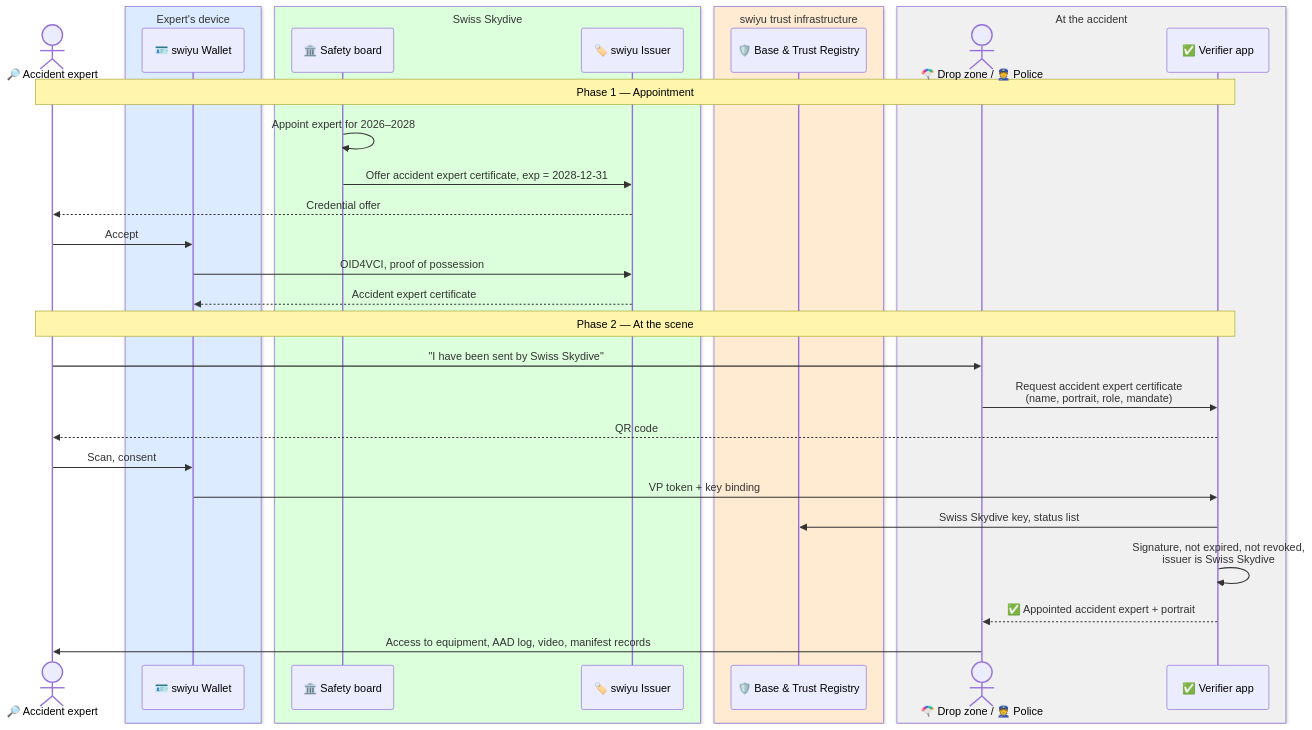
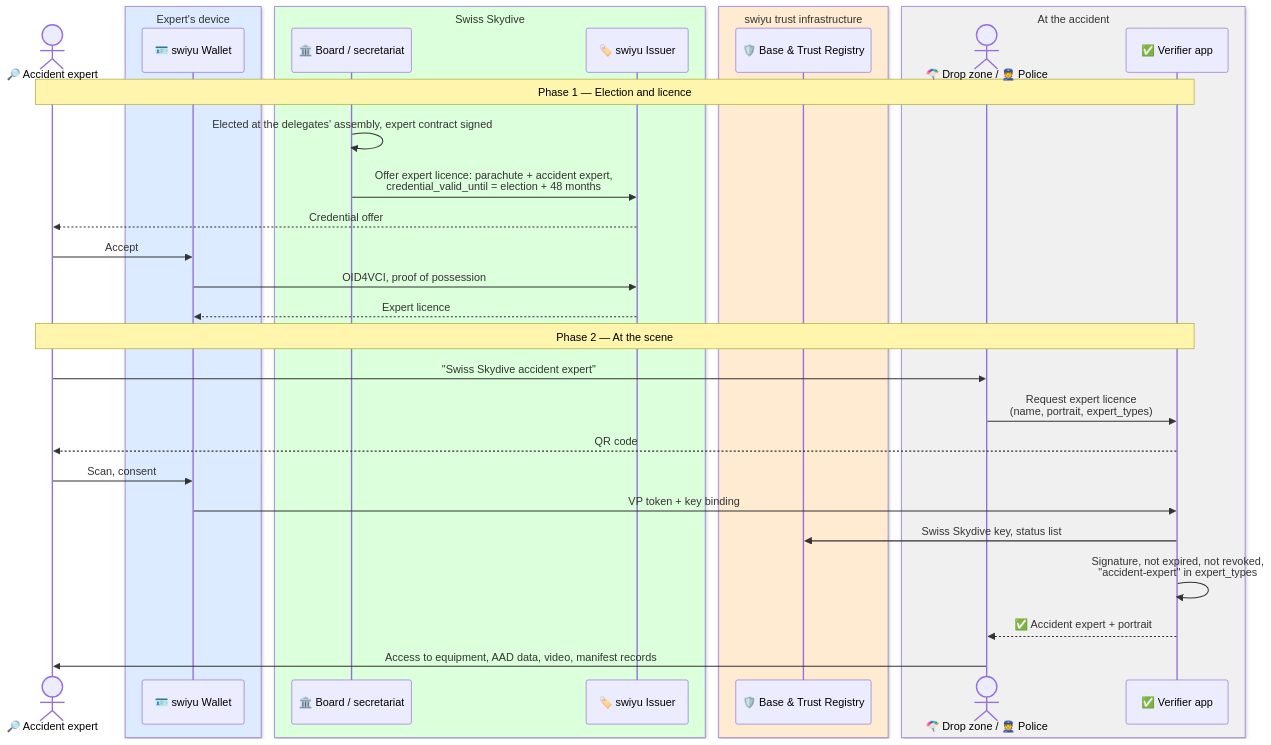
One commit to DIDAS-swiss/Trust-Flow-Diagram-Repository changed the second of 2 diagrams in sport/specialist-qualifications.md. Above: the diagram before and after it, drawn with Mermaid. The commit also changed other lines of this file and 13 other files, not shown here.

````diff
--- a/sport/specialist-qualifications.md
+++ b/sport/specialist-qualifications.md
@@ -128,42 +147,42 @@
 ```mermaid
 %%{init: {"theme": "default", "themeVariables": {"fontFamily": "Inter, Arial"}}}%%
 sequenceDiagram
     actor Expert as 🔎 Accident expert
 
     box rgb(220,235,255) Expert's device
         participant Wallet as 🪪 swiyu Wallet
     end
 
     box rgb(220,255,220) Swiss Skydive
-        participant Board as 🏛️ Safety board
+        participant Board as 🏛️ Board / secretariat
         participant Issuer as 🏷️ swiyu Issuer
     end
 
     box rgb(255,235,210) swiyu trust infrastructure
         participant Trust as 🛡️ Base & Trust Registry
     end
 
     box rgb(240,240,240) At the accident
         actor DZ as 🪂 Drop zone / 👮 Police
         participant Check as ✅ Verifier app
     end
 
-    Note over Expert,Check: Phase 1 — Appointment
-    Board->>Board: Appoint expert for 2026–2028
-    Board->>Issuer: Offer accident expert certificate, exp = 2028-12-31
+    Note over Expert,Check: Phase 1 — Election and licence
+    Board->>Board: Elected at the delegates' assembly, expert contract signed
+    Board->>Issuer: Offer expert licence: parachute + accident expert,<br/>credential_valid_until = election + 48 months
     Issuer-->>Expert: Credential offer
     Expert->>Wallet: Accept
     Wallet->>Issuer: OID4VCI, proof of possession
-    Issuer-->>Wallet: Accident expert certificate
+    Issuer-->>Wallet: Expert licence
 
     Note over Expert,Check: Phase 2 — At the scene
-    Expert->>DZ: "I have been sent by Swiss Skydive"
-    DZ->>Check: Request accident expert certificate<br/>(name, portrait, role, mandate)
+    Expert->>DZ: "Swiss Skydive accident expert"
+    DZ->>Check: Request expert licence<br/>(name, portrait, expert_types)
     Check-->>Expert: QR code
     Expert->>Wallet: Scan, consent
     Wallet->>Check: VP token + key binding
     Check->>Trust: Swiss Skydive key, status list
-    Check->>Check: Signature, not expired, not revoked,<br/>issuer is Swiss Skydive
-    Check-->>DZ: ✅ Appointed accident expert + portrait
-    DZ->>Expert: Access to equipment, AAD log, video, manifest records
+    Check->>Check: Signature, not expired, not revoked,<br/>"accident-expert" in expert_types
+    Check-->>DZ: ✅ Accident expert + portrait
+    DZ->>Expert: Access to equipment, AAD data, video, manifest records
 ```
````
